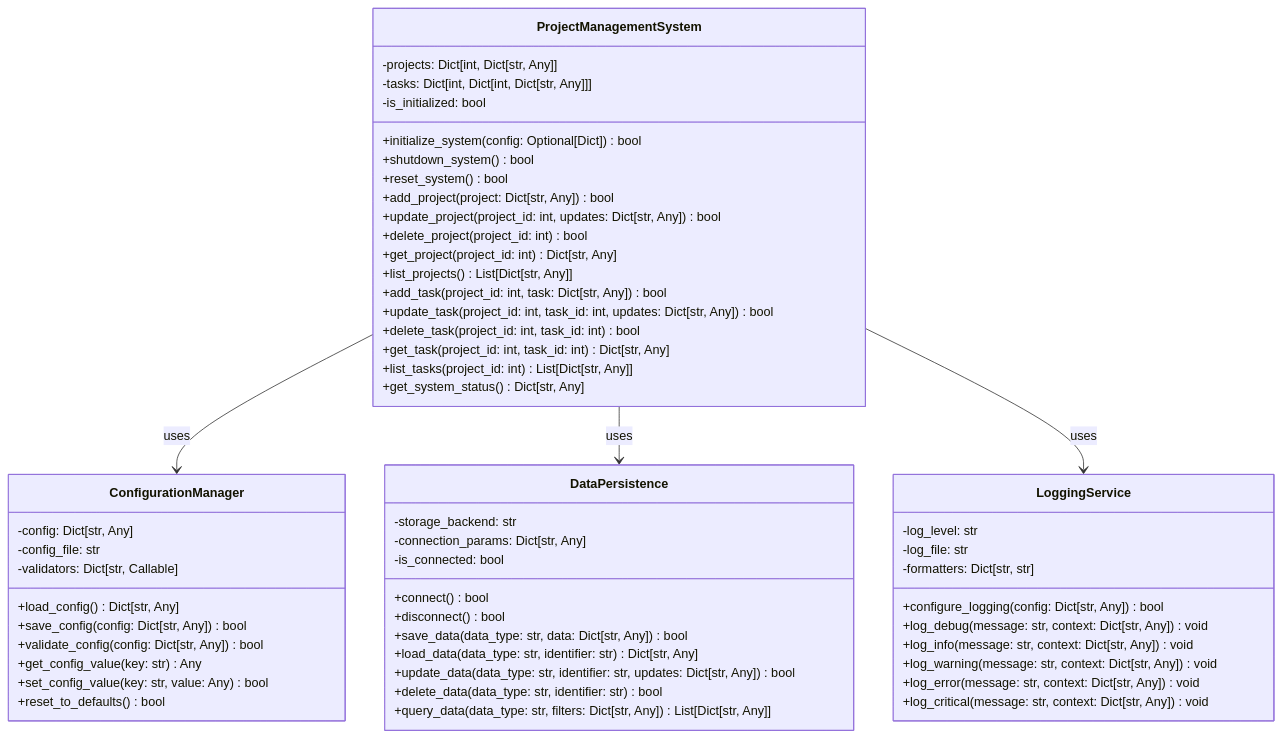
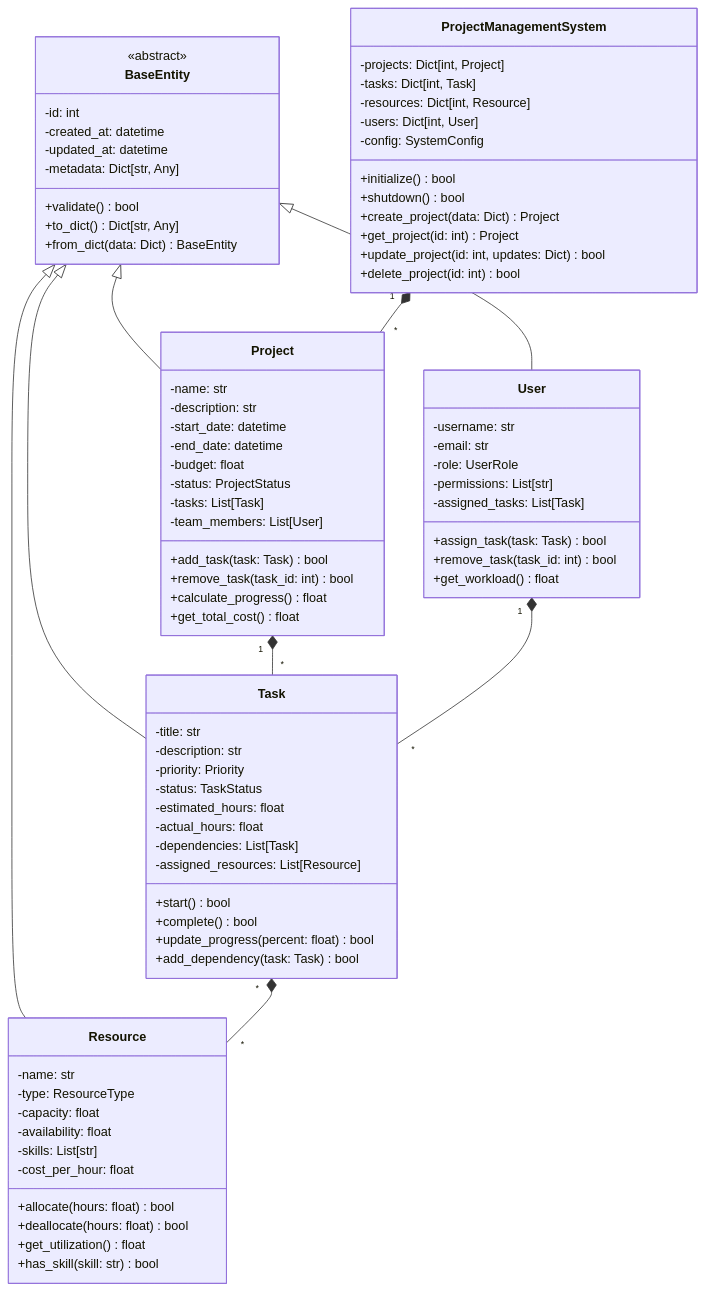
One commit to Shakour-Data/AutoProjectManagement changed the first of 7 diagrams in Docs/UML/Class_Diagrams/README.md. Above: the diagram before and after it, drawn with Mermaid. The commit also changed other lines of this file, not shown here.

Commit message:
📝 Update: Update Markdown doc Docs/UML/Class_Diagrams/README.md

````diff
--- a/Docs/UML/Class_Diagrams/README.md
+++ b/Docs/UML/Class_Diagrams/README.md
@@ -26,63 +23,90 @@
 ```mermaid
 classDiagram
     class ProjectManagementSystem {
-        -projects: Dict[int, Dict[str, Any]]
-        -tasks: Dict[int, Dict[int, Dict[str, Any]]]
-        -is_initialized: bool
-        +initialize_system(config: Optional[Dict]) bool
-        +shutdown_system() bool
-        +reset_system() bool
-        +add_project(project: Dict[str, Any]) bool
-        +update_project(project_id: int, updates: Dict[str, Any]) bool
-        +delete_project(project_id: int) bool
-        +get_project(project_id: int) Dict[str, Any]
-        +list_projects() List[Dict[str, Any]]
-        +add_task(project_id: int, task: Dict[str, Any]) bool
-        +update_task(project_id: int, task_id: int, updates: Dict[str, Any]) bool
-        +delete_task(project_id: int, task_id: int) bool
-        +get_task(project_id: int, task_id: int) Dict[str, Any]
-        +list_tasks(project_id: int) List[Dict[str, Any]]
-        +get_system_status() Dict[str, Any]
+        -projects: Dict[int, Project]
+        -tasks: Dict[int, Task]
+        -resources: Dict[int, Resource]
+        -users: Dict[int, User]
+        -config: SystemConfig
+        +initialize() bool
+        +shutdown() bool
+        +create_project(data: Dict) Project
+        +get_project(id: int) Project
+        +update_project(id: int, updates: Dict) bool
+        +delete_project(id: int) bool
     }
 
-    class ConfigurationManager {
-        -config: Dict[str, Any]
-        -config_file: str
-        -validators: Dict[str, Callable]
-        +load_config() Dict[str, Any]
-        +save_config(config: Dict[str, Any]) bool
-        +validate_config(config: Dict[str, Any]) bool
-        +get_config_value(key: str) Any
-        +set_config_value(key: str, value: Any) bool
-        +reset_to_defaults() bool
+    class BaseEntity {
+        <<abstract>>
+        -id: int
+        -created_at: datetime
+        -updated_at: datetime
+        -metadata: Dict[str, Any]
+        +validate() bool
+        +to_dict() Dict[str, Any]
+        +from_dict(data: Dict) BaseEntity
     }
 
-    class DataPersistence {
-        -storage_backend: str
-        -connection_params: Dict[str, Any]
-        -is_connected: bool
-        +connect() bool
-        +disconnect() bool
-        +save_data(data_type: str, data: Dict[str, Any]) bool
-        +load_data(data_type: str, identifier: str) Dict[str, Any]
-        +update_data(data_type: str, identifier: str, updates: Dict[str, Any]) bool
-        +delete_data(data_type: str, identifier: str) bool
-        +query_data(data_type: str, filters: Dict[str, Any]) List[Dict[str, Any]]
+    class Project {
+        -name: str
+        -description: str
+        -start_date: datetime
+        -end_date: datetime
+        -budget: float
+        -status: ProjectStatus
+        -tasks: List[Task]
+        -team_members: List[User]
+        +add_task(task: Task) bool
+        +remove_task(task_id: int) bool
+        +calculate_progress() float
+        +get_total_cost() float
     }
 
-    class LoggingService {
-        -log_level: str
-        -log_file: str
-        -formatters: Dict[str, str]
-        +configure_logging(config: Dict[str, Any]) bool
-        +log_debug(message: str, context: Dict[str, Any]) void
-        +log_info(message: str, context: Dict[str, Any]) void
-        +log_warning(message: str, context: Dict[str, Any]) void
-        +log_error(message: str, context: Dict[str, Any]) void
-        +log_critical(message: str, context: Dict[str, Any]) void
+    class Task {
+        -title: str
+        -description: str
+        -priority: Priority
+        -status: TaskStatus
+        -estimated_hours: float
+        -actual_hours: float
+        -dependencies: List[Task]
+        -assigned_resources: List[Resource]
+        +start() bool
+        +complete() bool
+        +update_progress(percent: float) bool
+        +add_dependency(task: Task) bool
     }
 
-    ProjectManagementSystem --> ConfigurationManager : uses
-    ProjectManagementSystem --> DataPersistence : uses
-    ProjectManagementSystem --> LoggingService : uses
+    class Resource {
+        -name: str
+        -type: ResourceType
+        -capacity: float
+        -availability: float
+        -skills: List[str]
+        -cost_per_hour: float
+        +allocate(hours: float) bool
+        +deallocate(hours: float) bool
+        +get_utilization() float
+        +has_skill(skill: str) bool
+    }
+
+    class User {
+        -username: str
+        -email: str
+        -role: UserRole
+        -permissions: List[str]
+        -assigned_tasks: List[Task]
+        +assign_task(task: Task) bool
+        +remove_task(task_id: int) bool
+        +get_workload() float
+    }
+
+    BaseEntity <|-- Project
+    BaseEntity <|-- Task
+    BaseEntity <|-- Resource
+    BaseEntity <|-- User
+    ProjectManagementSystem "1" *-- "*" Project
+    Project "1" *-- "*" Task
+    Task "*" *-- "*" Resource
+    User "1" *-- "*" Task
 ```
````
